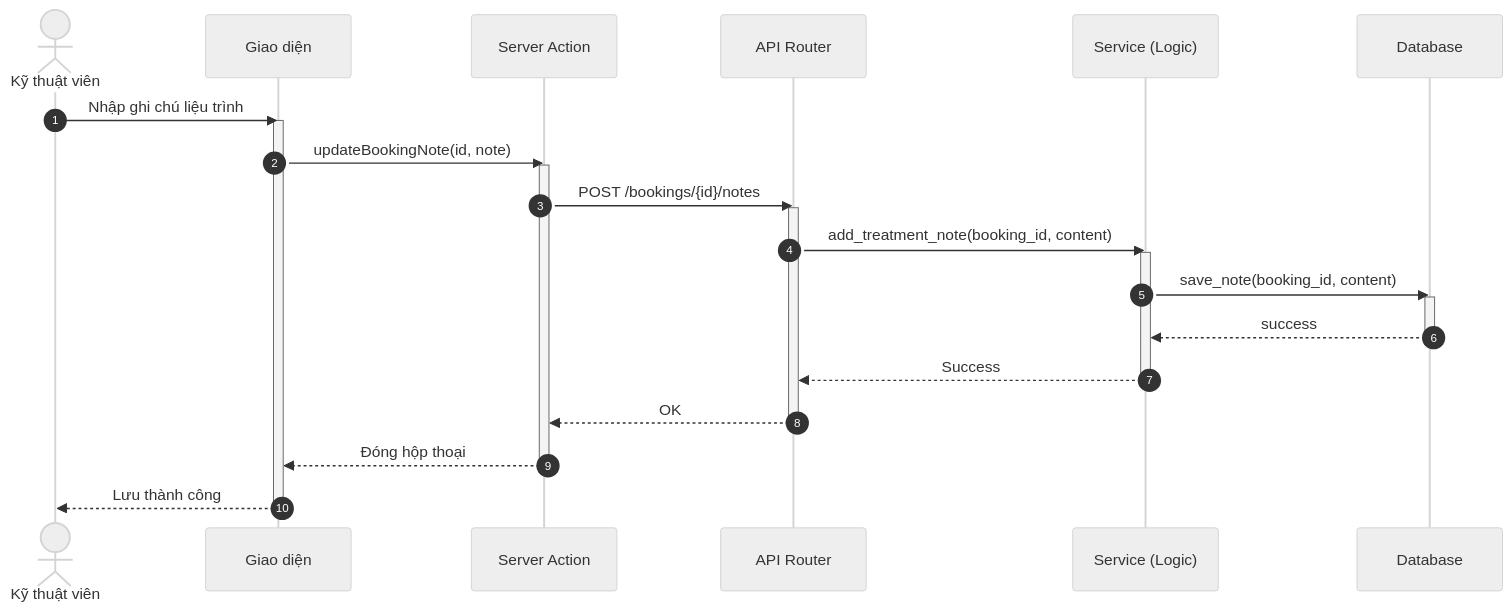
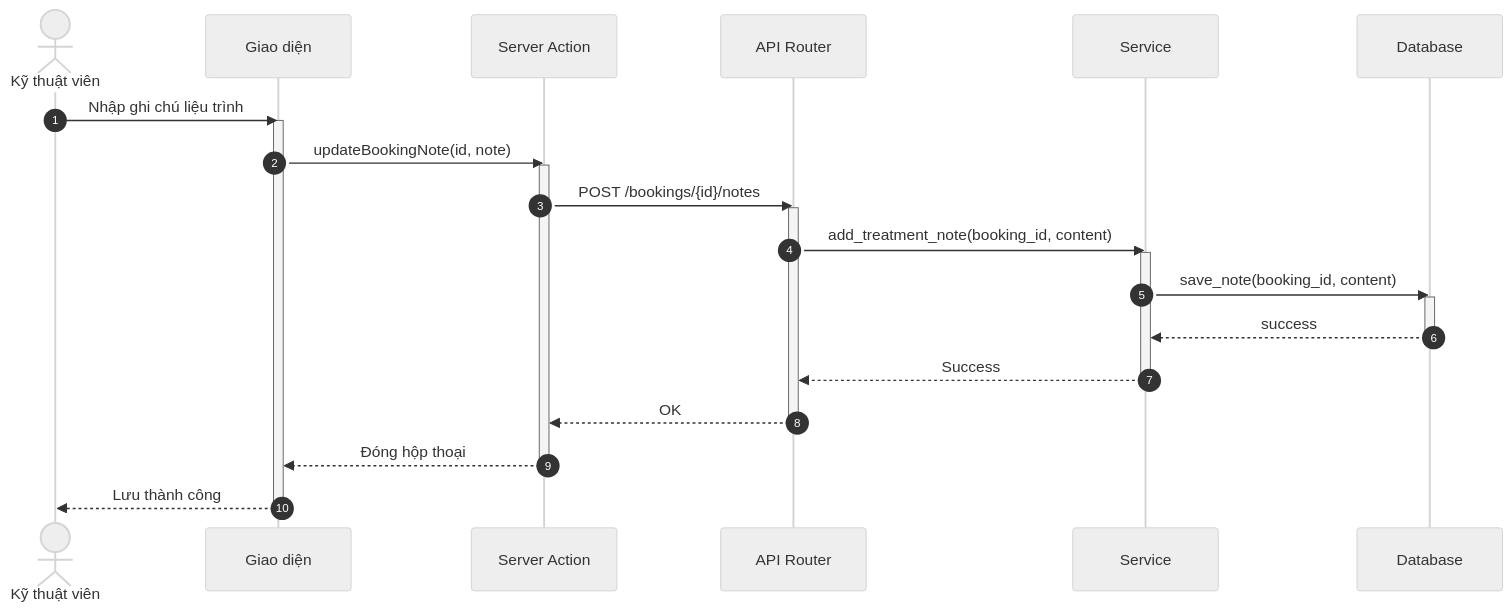
Before and after one commit to ngoctinn/Synapse: the second of 2 diagrams in docs/design/sequences/technician_flows.md, drawn with Mermaid (neutral theme). The commit also changed other lines of this file and 4 other files, not shown here.

Commit message:
docs: Add initial sequence diagrams for authentication, admin, customer, receptionist, and technician flows.

````diff
--- a/docs/design/sequences/technician_flows.md
+++ b/docs/design/sequences/technician_flows.md
@@ -70,38 +70,38 @@
 ```mermaid
 sequenceDiagram
     autonumber
     actor KTV as Kỹ thuật viên
     participant UI as Giao diện
     participant BFF as Server Action
     participant API as API Router
-    participant S as Service (Logic)
+    participant S as Service
     participant DB as Database
 
     KTV->>UI: Nhập ghi chú liệu trình
     activate UI
     UI->>BFF: updateBookingNote(id, note)
     activate BFF
 
     BFF->>API: POST /bookings/{id}/notes
     activate API
 
     API->>S: add_treatment_note(booking_id, content)
     activate S
 
     S->>DB: save_note(booking_id, content)
     activate DB
     DB-->>S: success
     deactivate DB
 
     S-->>API: Success
     deactivate S
 
     API-->>BFF: OK
     deactivate API
 
     BFF-->>UI: Đóng hộp thoại
     deactivate BFF
 
     UI-->>KTV: Lưu thành công
     deactivate UI
 ```
````
